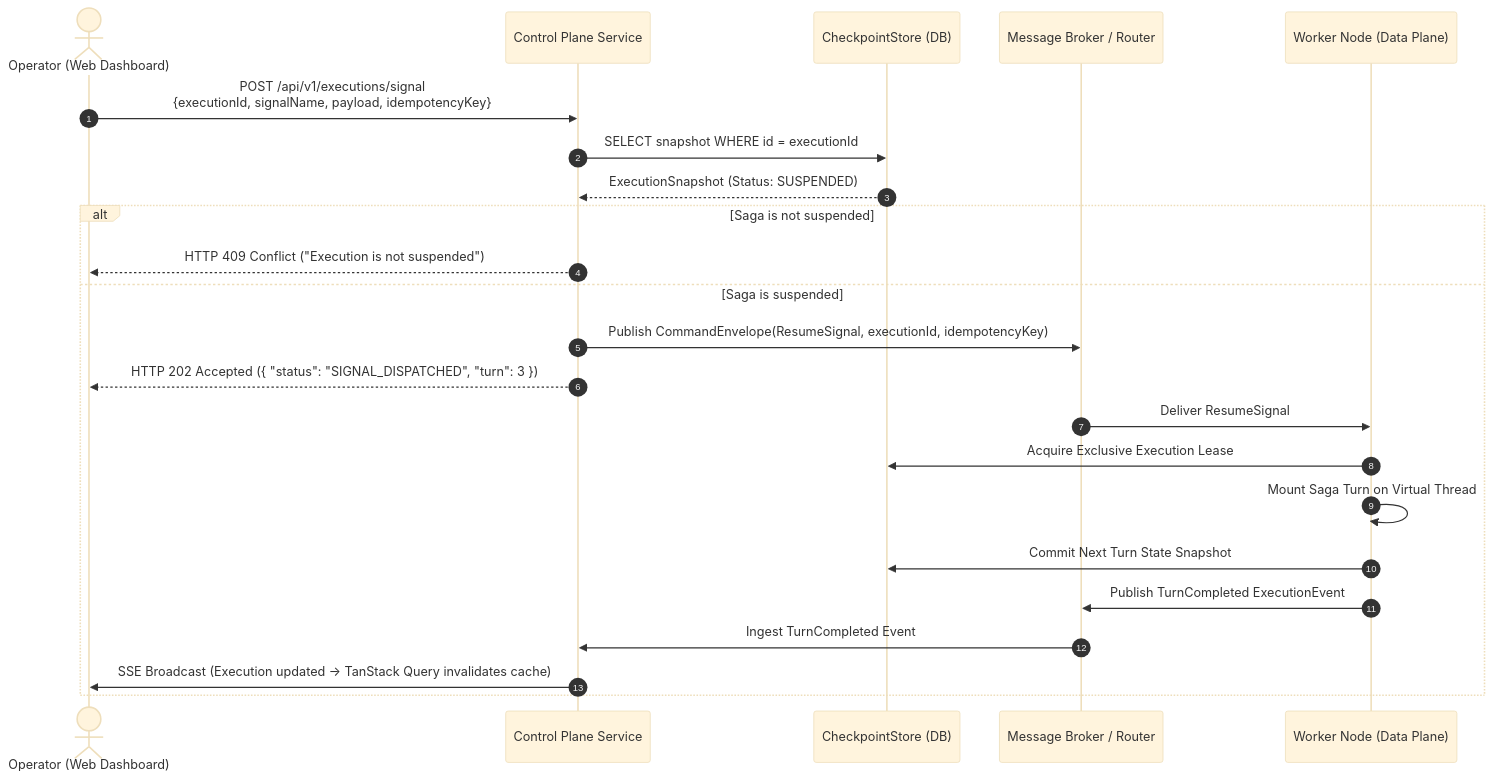
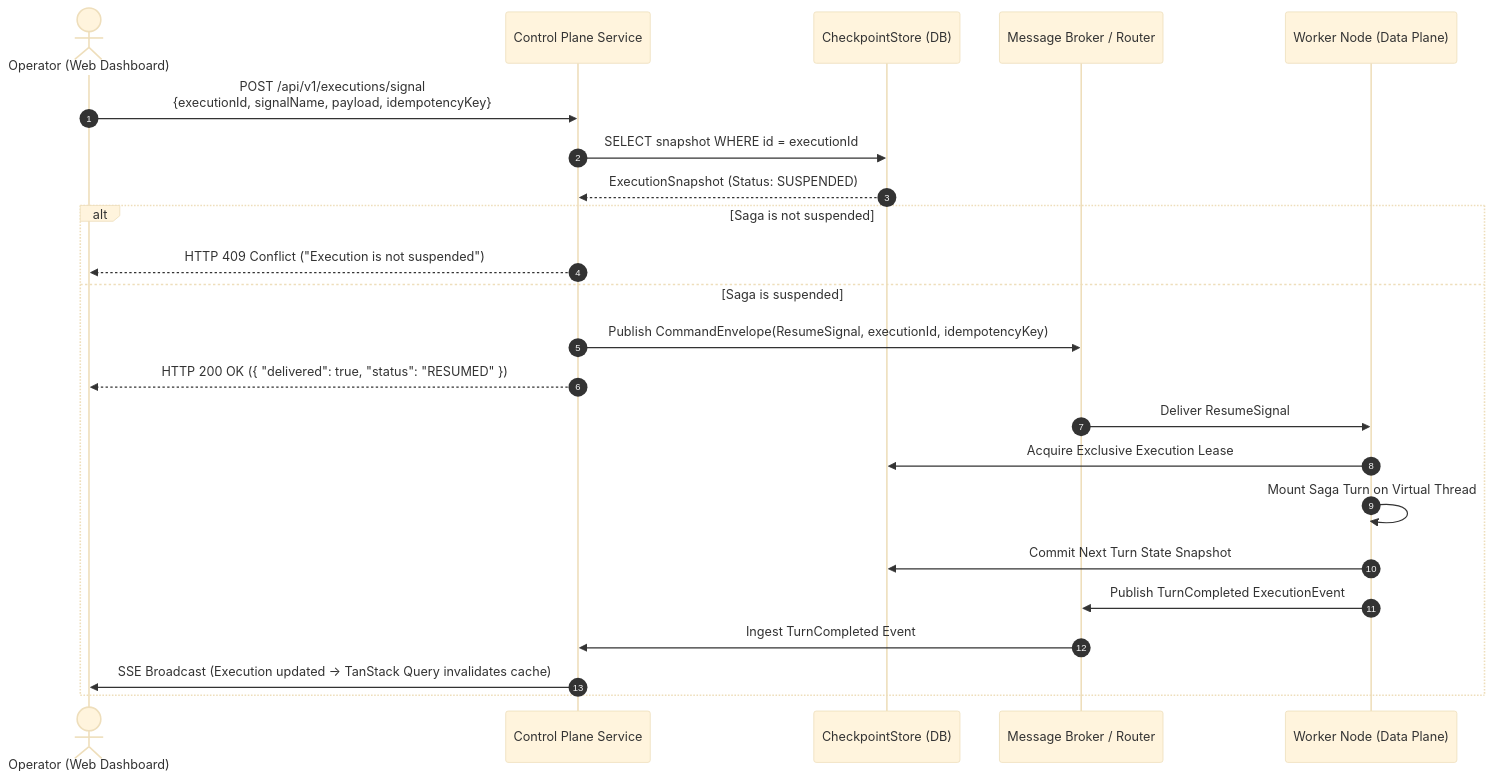
Before and after one commit to f442y/dispersion: the second of 2 diagrams in docs/control-plane-service-and-ui-hosting-design.md, drawn with Mermaid (base theme). The commit also changed other lines of this file and 74 other files, not shown here.

````diff
--- a/docs/control-plane-service-and-ui-hosting-design.md
+++ b/docs/control-plane-service-and-ui-hosting-design.md
@@ -300,27 +238,27 @@
 ```mermaid
 sequenceDiagram
     autonumber
     actor Operator as Operator (Web Dashboard)
     participant CP as Control Plane Service
     participant Store as CheckpointStore (DB)
     participant Broker as Message Broker / Router
     participant Worker as Worker Node (Data Plane)
 
     Operator->>CP: POST /api/v1/executions/signal<br/>{executionId, signalName, payload, idempotencyKey}
     CP->>Store: SELECT snapshot WHERE id = executionId
     Store-->>CP: ExecutionSnapshot (Status: SUSPENDED)
 
     alt Saga is not suspended
         CP-->>Operator: HTTP 409 Conflict ("Execution is not suspended")
     else Saga is suspended
         CP->>Broker: Publish CommandEnvelope(ResumeSignal, executionId, idempotencyKey)
-        CP-->>Operator: HTTP 202 Accepted ({ "status": "SIGNAL_DISPATCHED", "turn": 3 })
+        CP-->>Operator: HTTP 200 OK ({ "delivered": true, "status": "RESUMED" })
         Broker->>Worker: Deliver ResumeSignal
         Worker->>Store: Acquire Exclusive Execution Lease
         Worker->>Worker: Mount Saga Turn on Virtual Thread
         Worker->>Store: Commit Next Turn State Snapshot
         Worker->>Broker: Publish TurnCompleted ExecutionEvent
         Broker->>CP: Ingest TurnCompleted Event
         CP->>Operator: SSE Broadcast (Execution updated -> TanStack Query invalidates cache)
     end
 ```
````
